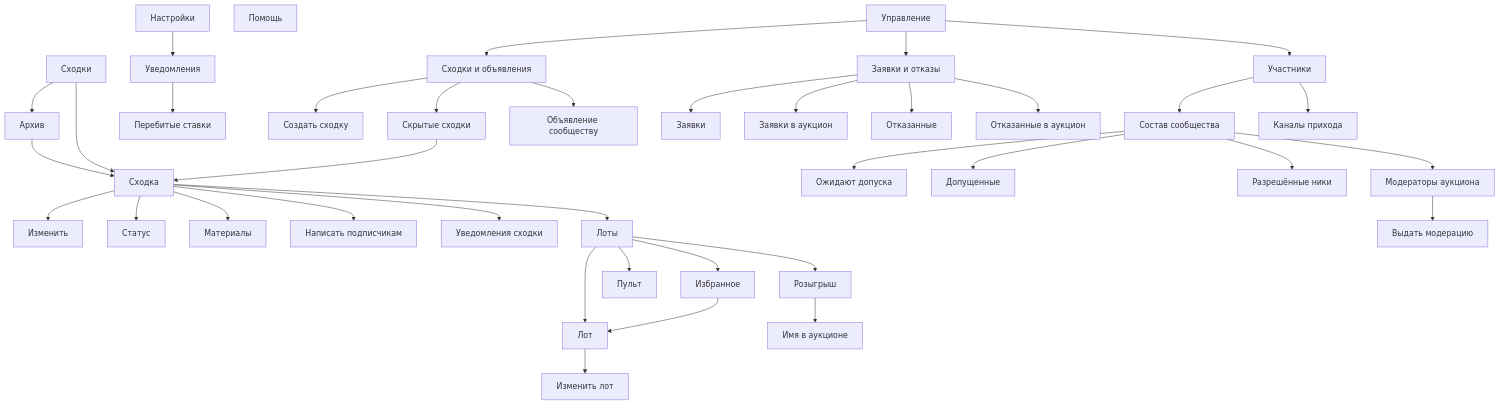
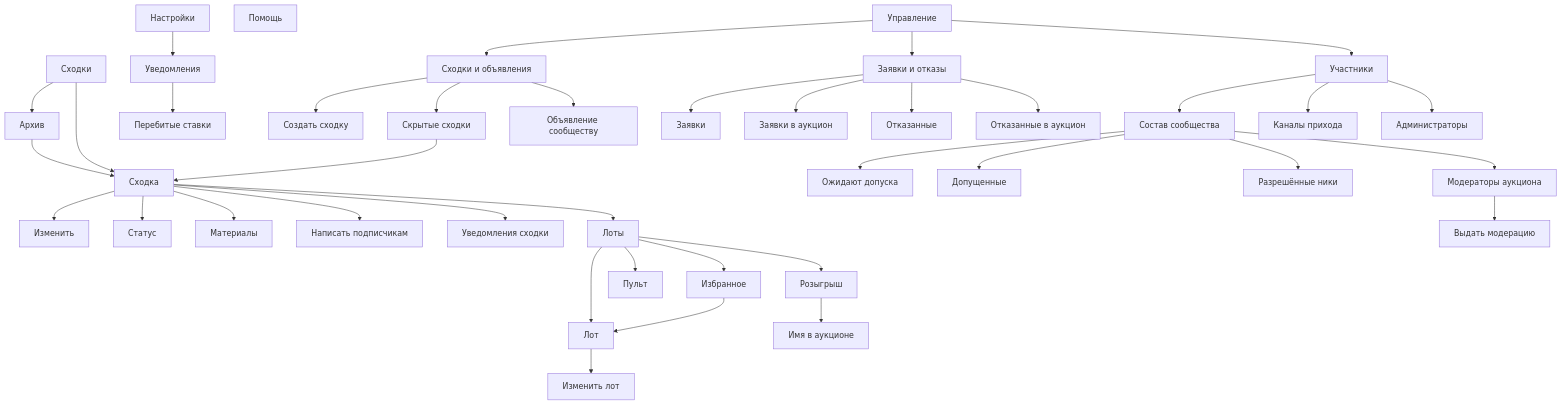
Before and after one commit to Solguficky/solguficky-hub: the first of 2 diagrams in docs/design/bot/design-code.md, drawn with Mermaid. The commit also changed other lines of this file and 11 other files, not shown here.

````diff
--- a/docs/design/bot/design-code.md
+++ b/docs/design/bot/design-code.md
@@ -37,47 +37,48 @@
 ```mermaid
 flowchart TD
     meetups[Сходки]
     meetups --> archive[Архив]
     settings[Настройки] --> notify[Уведомления]
     notify --> outbid[Перебитые ставки]
     help[Помощь]
     manage[Управление]
 
     meetups --> card[Сходка]
     archive --> card
     hidden --> card
 
     card --> edit[Изменить]
     card --> status[Статус]
     card --> materials[Материалы]
     card --> broadcast[Написать подписчикам]
     card --> notifyMeetup[Уведомления сходки]
     card --> lots[Лоты]
     lots --> lot[Лот]
     lot --> lotForm[Изменить лот]
     lots --> console[Пульт]
     lots --> lotFavorites[Избранное]
     lotFavorites --> lot
     lots --> lotRaffle[Розыгрыш]
     lotRaffle --> lotRaffleName[Имя в аукционе]
 
     manage --> gMeetups[Сходки и объявления]
     manage --> gApplications[Заявки и отказы]
     manage --> gMembers[Участники]
 
     gMeetups --> create[Создать сходку]
     gMeetups --> hidden[Скрытые сходки]
     gMeetups --> announce[Объявление сообществу]
     gApplications --> applications[Заявки]
     gApplications --> auctionApplications[Заявки в аукцион]
     gApplications --> refused[Отказанные]
     gApplications --> auctionRefused[Отказанные в аукцион]
     gMembers --> community[Состав сообщества]
     gMembers --> channels[Каналы прихода]
+    gMembers --> administrators[Администраторы]
 
     community --> pending[Ожидают допуска]
     community --> members[Допущенные]
     community --> nicks[Разрешённые ники]
     community --> moderators[Модераторы аукциона]
     moderators --> grant[Выдать модерацию]
 ```
````
